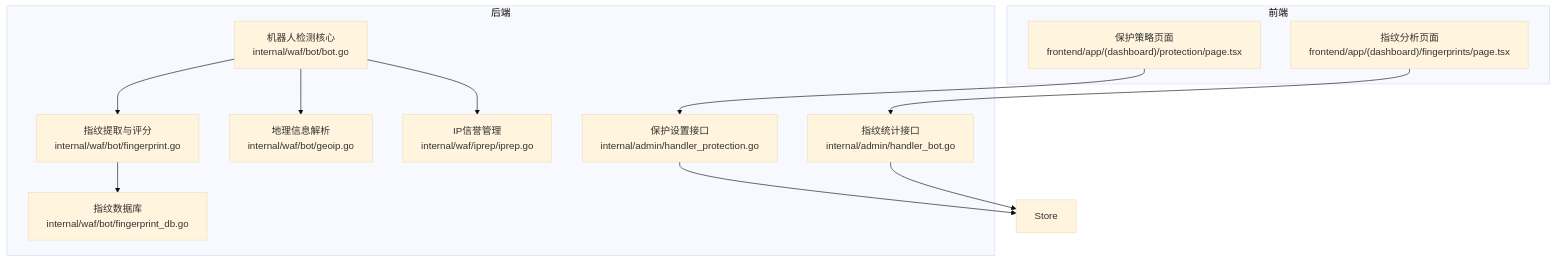
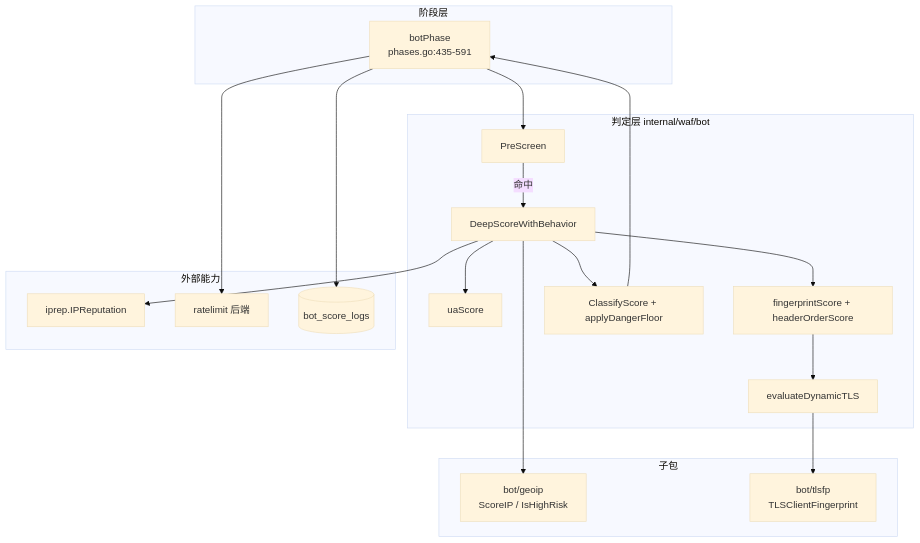
Before and after one commit to x01n/My-OpenWaf: the first of 4 diagrams in docs/安全防护功能/机器人检测.md, drawn with Mermaid (base theme). The commit also changed other lines of this file and 622 other files, not shown here.

````diff
--- a/docs/安全防护功能/机器人检测.md
+++ b/docs/安全防护功能/机器人检测.md
@@ -49,24 +89,35 @@
 ```mermaid
 graph TB
-subgraph "前端"
-FE_Protection["保护策略页面<br/>frontend/app/(dashboard)/protection/page.tsx"]
-FE_Fingerprints["指纹分析页面<br/>frontend/app/(dashboard)/fingerprints/page.tsx"]
+subgraph "阶段层"
+BP["botPhase<br/>phases.go:435-591"]
 end
-subgraph "后端"
-Bot["机器人检测核心<br/>internal/waf/bot/bot.go"]
-FP["指纹提取与评分<br/>internal/waf/bot/fingerprint.go"]
-FPDB["指纹数据库<br/>internal/waf/bot/fingerprint_db.go"]
-Geo["地理信息解析<br/>internal/waf/bot/geoip.go"]
-Rep["IP信誉管理<br/>internal/waf/iprep/iprep.go"]
-AdminHandler["保护设置接口<br/>internal/admin/handler_protection.go"]
-FingerprintHandler["指纹统计接口<br/>internal/admin/handler_bot.go"]
+subgraph "判定层 internal/waf/bot"
+PS["PreScreen"]
+DS["DeepScoreWithBehavior"]
+UA["uaScore"]
+FP["fingerprintScore + headerOrderScore"]
+DT["evaluateDynamicTLS"]
+CL["ClassifyScore + applyDangerFloor"]
 end
-FE_Protection --> AdminHandler
-FE_Fingerprints --> FingerprintHandler
-AdminHandler --> Store
-FingerprintHandler --> Store
-Bot --> Geo
-Bot --> Rep
-Bot --> FP
-FP --> FPDB
+subgraph "子包"
+GEO["bot/geoip<br/>ScoreIP / IsHighRisk"]
+TLS["bot/tlsfp<br/>TLSClientFingerprint"]
+end
+subgraph "外部能力"
+REP["iprep.IPReputation"]
+RL["ratelimit 后端"]
+BSL[("bot_score_logs")]
+end
+BP --> PS
+PS --> |命中| DS
+DS --> UA
+DS --> FP
+FP --> DT
+DT --> TLS
+DS --> GEO
+DS --> REP
+BP --> RL
+DS --> CL
+CL --> BP
+BP --> BSL
 ```
````
